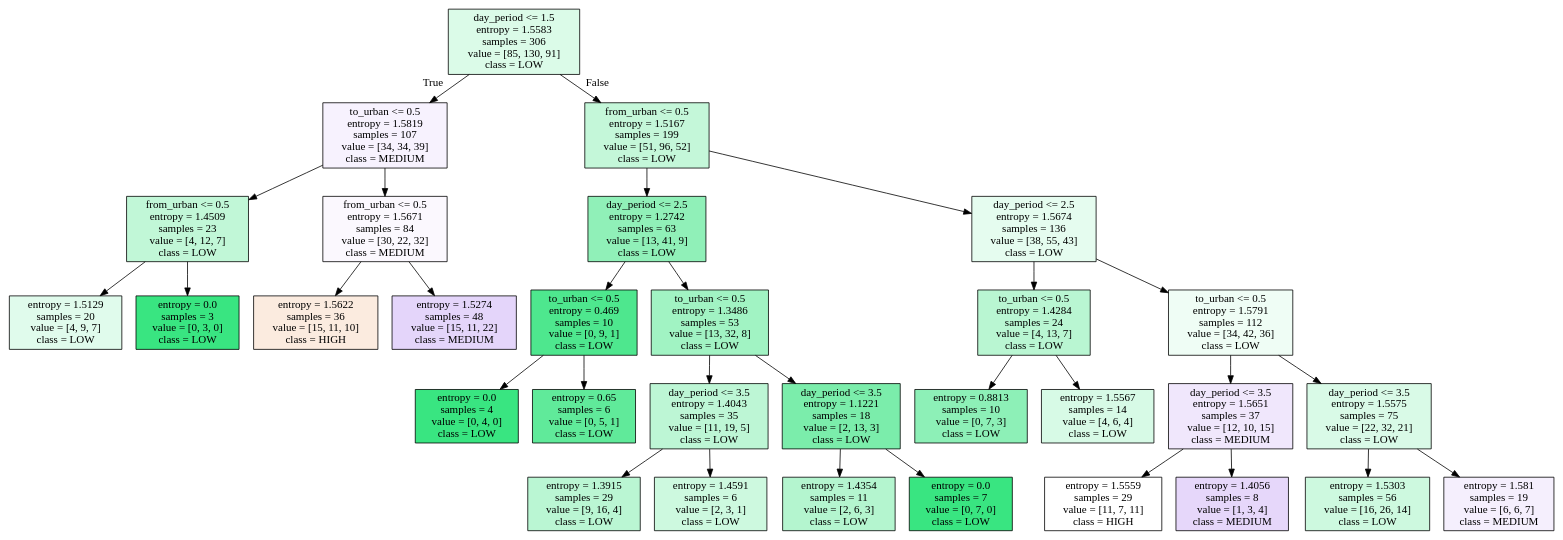
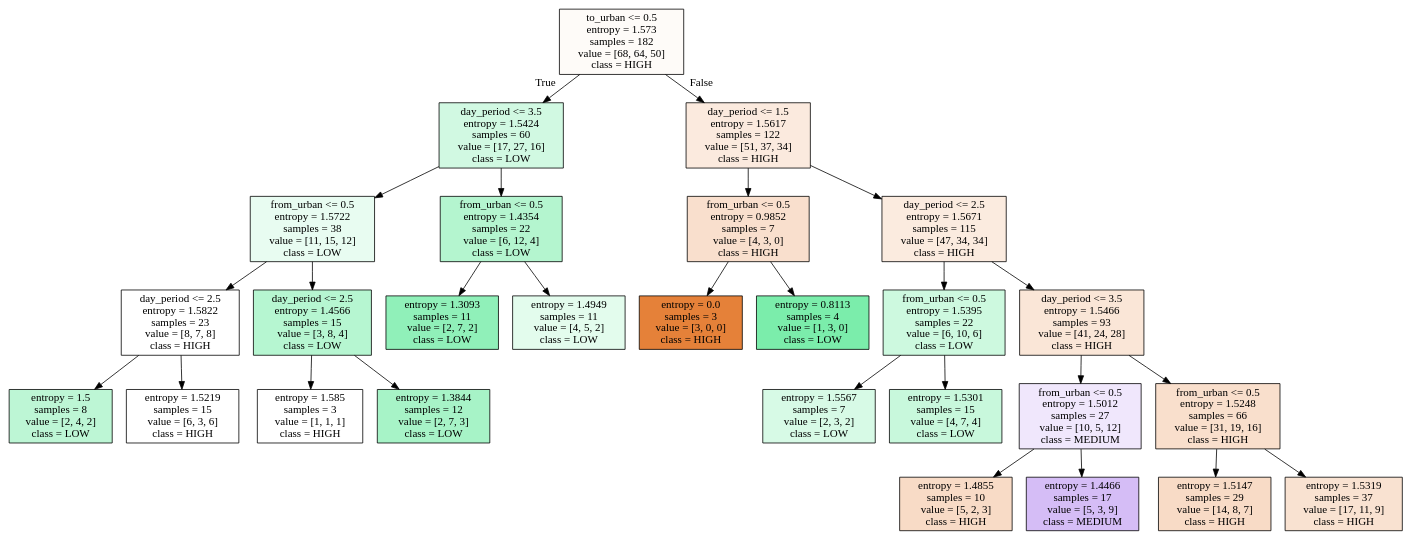
Before and after one commit to alexdaube/BelgianTrainsOccupancy: the diagram in iris.dot, drawn with Graphviz. The commit also changed 4 other files, not shown here.

```diff
--- a/iris.dot
+++ b/iris.dot
@@ -1,64 +1,56 @@
 digraph Tree {
 node [shape=box, style="filled", color="black"] ;
-0 [label="day_period <= 1.5\nentropy = 1.5583\nsamples = 306\nvalue = [85, 130, 91]\nclass = LOW", fillcolor="#39e5812e"] ;
-1 [label="to_urban <= 0.5\nentropy = 1.5819\nsamples = 107\nvalue = [34, 34, 39]\nclass = MEDIUM", fillcolor="#8139e511"] ;
+0 [label="to_urban <= 0.5\nentropy = 1.573\nsamples = 182\nvalue = [68, 64, 50]\nclass = HIGH", fillcolor="#e5813909"] ;
+1 [label="day_period <= 3.5\nentropy = 1.5424\nsamples = 60\nvalue = [17, 27, 16]\nclass = LOW", fillcolor="#39e5813b"] ;
 0 -> 1 [labeldistance=2.5, labelangle=45, headlabel="True"] ;
-2 [label="from_urban <= 0.5\nentropy = 1.4509\nsamples = 23\nvalue = [4, 12, 7]\nclass = LOW", fillcolor="#39e58150"] ;
+2 [label="from_urban <= 0.5\nentropy = 1.5722\nsamples = 38\nvalue = [11, 15, 12]\nclass = LOW", fillcolor="#39e5811d"] ;
 1 -> 2 ;
-3 [label="entropy = 1.5129\nsamples = 20\nvalue = [4, 9, 7]\nclass = LOW", fillcolor="#39e58127"] ;
+3 [label="day_period <= 2.5\nentropy = 1.5822\nsamples = 23\nvalue = [8, 7, 8]\nclass = HIGH", fillcolor="#e5813900"] ;
 2 -> 3 ;
-4 [label="entropy = 0.0\nsamples = 3\nvalue = [0, 3, 0]\nclass = LOW", fillcolor="#39e581ff"] ;
-2 -> 4 ;
-5 [label="from_urban <= 0.5\nentropy = 1.5671\nsamples = 84\nvalue = [30, 22, 32]\nclass = MEDIUM", fillcolor="#8139e509"] ;
-1 -> 5 ;
-6 [label="entropy = 1.5622\nsamples = 36\nvalue = [15, 11, 10]\nclass = HIGH", fillcolor="#e5813929"] ;
-5 -> 6 ;
-7 [label="entropy = 1.5274\nsamples = 48\nvalue = [15, 11, 22]\nclass = MEDIUM", fillcolor="#8139e536"] ;
-5 -> 7 ;
-8 [label="from_urban <= 0.5\nentropy = 1.5167\nsamples = 199\nvalue = [51, 96, 52]\nclass = LOW", fillcolor="#39e5814c"] ;
-0 -> 8 [labeldistance=2.5, labelangle=-45, headlabel="False"] ;
-9 [label="day_period <= 2.5\nentropy = 1.2742\nsamples = 63\nvalue = [13, 41, 9]\nclass = LOW", fillcolor="#39e5818f"] ;
-8 -> 9 ;
-10 [label="to_urban <= 0.5\nentropy = 0.469\nsamples = 10\nvalue = [0, 9, 1]\nclass = LOW", fillcolor="#39e581e3"] ;
+4 [label="entropy = 1.5\nsamples = 8\nvalue = [2, 4, 2]\nclass = LOW", fillcolor="#39e58155"] ;
+3 -> 4 ;
+5 [label="entropy = 1.5219\nsamples = 15\nvalue = [6, 3, 6]\nclass = HIGH", fillcolor="#e5813900"] ;
+3 -> 5 ;
+6 [label="day_period <= 2.5\nentropy = 1.4566\nsamples = 15\nvalue = [3, 8, 4]\nclass = LOW", fillcolor="#39e5815d"] ;
+2 -> 6 ;
+7 [label="entropy = 1.585\nsamples = 3\nvalue = [1, 1, 1]\nclass = HIGH", fillcolor="#e5813900"] ;
+6 -> 7 ;
+8 [label="entropy = 1.3844\nsamples = 12\nvalue = [2, 7, 3]\nclass = LOW", fillcolor="#39e58171"] ;
+6 -> 8 ;
+9 [label="from_urban <= 0.5\nentropy = 1.4354\nsamples = 22\nvalue = [6, 12, 4]\nclass = LOW", fillcolor="#39e58160"] ;
+1 -> 9 ;
+10 [label="entropy = 1.3093\nsamples = 11\nvalue = [2, 7, 2]\nclass = LOW", fillcolor="#39e5818e"] ;
 9 -> 10 ;
-11 [label="entropy = 0.0\nsamples = 4\nvalue = [0, 4, 0]\nclass = LOW", fillcolor="#39e581ff"] ;
-10 -> 11 ;
-12 [label="entropy = 0.65\nsamples = 6\nvalue = [0, 5, 1]\nclass = LOW", fillcolor="#39e581cc"] ;
-10 -> 12 ;
-13 [label="to_urban <= 0.5\nentropy = 1.3486\nsamples = 53\nvalue = [13, 32, 8]\nclass = LOW", fillcolor="#39e58179"] ;
-9 -> 13 ;
-14 [label="day_period <= 3.5\nentropy = 1.4043\nsamples = 35\nvalue = [11, 19, 5]\nclass = LOW", fillcolor="#39e58155"] ;
+11 [label="entropy = 1.4949\nsamples = 11\nvalue = [4, 5, 2]\nclass = LOW", fillcolor="#39e58124"] ;
+9 -> 11 ;
+12 [label="day_period <= 1.5\nentropy = 1.5617\nsamples = 122\nvalue = [51, 37, 34]\nclass = HIGH", fillcolor="#e581392a"] ;
+0 -> 12 [labeldistance=2.5, labelangle=-45, headlabel="False"] ;
+13 [label="from_urban <= 0.5\nentropy = 0.9852\nsamples = 7\nvalue = [4, 3, 0]\nclass = HIGH", fillcolor="#e5813940"] ;
+12 -> 13 ;
+14 [label="entropy = 0.0\nsamples = 3\nvalue = [3, 0, 0]\nclass = HIGH", fillcolor="#e58139ff"] ;
 13 -> 14 ;
-15 [label="entropy = 1.3915\nsamples = 29\nvalue = [9, 16, 4]\nclass = LOW", fillcolor="#39e58159"] ;
-14 -> 15 ;
-16 [label="entropy = 1.4591\nsamples = 6\nvalue = [2, 3, 1]\nclass = LOW", fillcolor="#39e58140"] ;
-14 -> 16 ;
-17 [label="day_period <= 3.5\nentropy = 1.1221\nsamples = 18\nvalue = [2, 13, 3]\nclass = LOW", fillcolor="#39e581aa"] ;
-13 -> 17 ;
-18 [label="entropy = 1.4354\nsamples = 11\nvalue = [2, 6, 3]\nclass = LOW", fillcolor="#39e58160"] ;
+15 [label="entropy = 0.8113\nsamples = 4\nvalue = [1, 3, 0]\nclass = LOW", fillcolor="#39e581aa"] ;
+13 -> 15 ;
+16 [label="day_period <= 2.5\nentropy = 1.5671\nsamples = 115\nvalue = [47, 34, 34]\nclass = HIGH", fillcolor="#e5813929"] ;
+12 -> 16 ;
+17 [label="from_urban <= 0.5\nentropy = 1.5395\nsamples = 22\nvalue = [6, 10, 6]\nclass = LOW", fillcolor="#39e58140"] ;
+16 -> 17 ;
+18 [label="entropy = 1.5567\nsamples = 7\nvalue = [2, 3, 2]\nclass = LOW", fillcolor="#39e58133"] ;
 17 -> 18 ;
-19 [label="entropy = 0.0\nsamples = 7\nvalue = [0, 7, 0]\nclass = LOW", fillcolor="#39e581ff"] ;
+19 [label="entropy = 1.5301\nsamples = 15\nvalue = [4, 7, 4]\nclass = LOW", fillcolor="#39e58146"] ;
 17 -> 19 ;
-20 [label="day_period <= 2.5\nentropy = 1.5674\nsamples = 136\nvalue = [38, 55, 43]\nclass = LOW", fillcolor="#39e58121"] ;
-8 -> 20 ;
-21 [label="to_urban <= 0.5\nentropy = 1.4284\nsamples = 24\nvalue = [4, 13, 7]\nclass = LOW", fillcolor="#39e5815a"] ;
+20 [label="day_period <= 3.5\nentropy = 1.5466\nsamples = 93\nvalue = [41, 24, 28]\nclass = HIGH", fillcolor="#e5813933"] ;
+16 -> 20 ;
+21 [label="from_urban <= 0.5\nentropy = 1.5012\nsamples = 27\nvalue = [10, 5, 12]\nclass = MEDIUM", fillcolor="#8139e51e"] ;
 20 -> 21 ;
-22 [label="entropy = 0.8813\nsamples = 10\nvalue = [0, 7, 3]\nclass = LOW", fillcolor="#39e58192"] ;
+22 [label="entropy = 1.4855\nsamples = 10\nvalue = [5, 2, 3]\nclass = HIGH", fillcolor="#e5813949"] ;
 21 -> 22 ;
-23 [label="entropy = 1.5567\nsamples = 14\nvalue = [4, 6, 4]\nclass = LOW", fillcolor="#39e58133"] ;
+23 [label="entropy = 1.4466\nsamples = 17\nvalue = [5, 3, 9]\nclass = MEDIUM", fillcolor="#8139e555"] ;
 21 -> 23 ;
-24 [label="to_urban <= 0.5\nentropy = 1.5791\nsamples = 112\nvalue = [34, 42, 36]\nclass = LOW", fillcolor="#39e58114"] ;
+24 [label="from_urban <= 0.5\nentropy = 1.5248\nsamples = 66\nvalue = [31, 19, 16]\nclass = HIGH", fillcolor="#e5813941"] ;
 20 -> 24 ;
-25 [label="day_period <= 3.5\nentropy = 1.5651\nsamples = 37\nvalue = [12, 10, 15]\nclass = MEDIUM", fillcolor="#8139e51f"] ;
+25 [label="entropy = 1.5147\nsamples = 29\nvalue = [14, 8, 7]\nclass = HIGH", fillcolor="#e5813949"] ;
 24 -> 25 ;
-26 [label="entropy = 1.5559\nsamples = 29\nvalue = [11, 7, 11]\nclass = HIGH", fillcolor="#e5813900"] ;
-25 -> 26 ;
-27 [label="entropy = 1.4056\nsamples = 8\nvalue = [1, 3, 4]\nclass = MEDIUM", fillcolor="#8139e533"] ;
-25 -> 27 ;
-28 [label="day_period <= 3.5\nentropy = 1.5575\nsamples = 75\nvalue = [22, 32, 21]\nclass = LOW", fillcolor="#39e58130"] ;
-24 -> 28 ;
-29 [label="entropy = 1.5303\nsamples = 56\nvalue = [16, 26, 14]\nclass = LOW", fillcolor="#39e58140"] ;
-28 -> 29 ;
-30 [label="entropy = 1.581\nsamples = 19\nvalue = [6, 6, 7]\nclass = MEDIUM", fillcolor="#8139e514"] ;
-28 -> 30 ;
+26 [label="entropy = 1.5319\nsamples = 37\nvalue = [17, 11, 9]\nclass = HIGH", fillcolor="#e581393b"] ;
+24 -> 26 ;
 }
```
